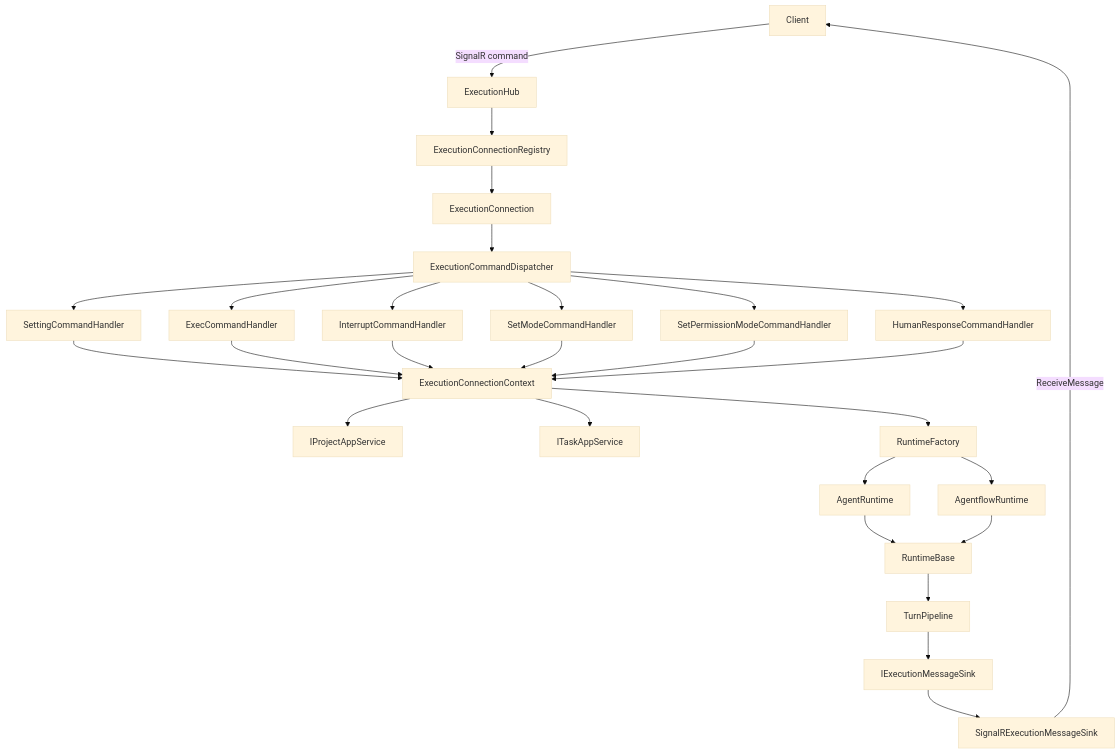
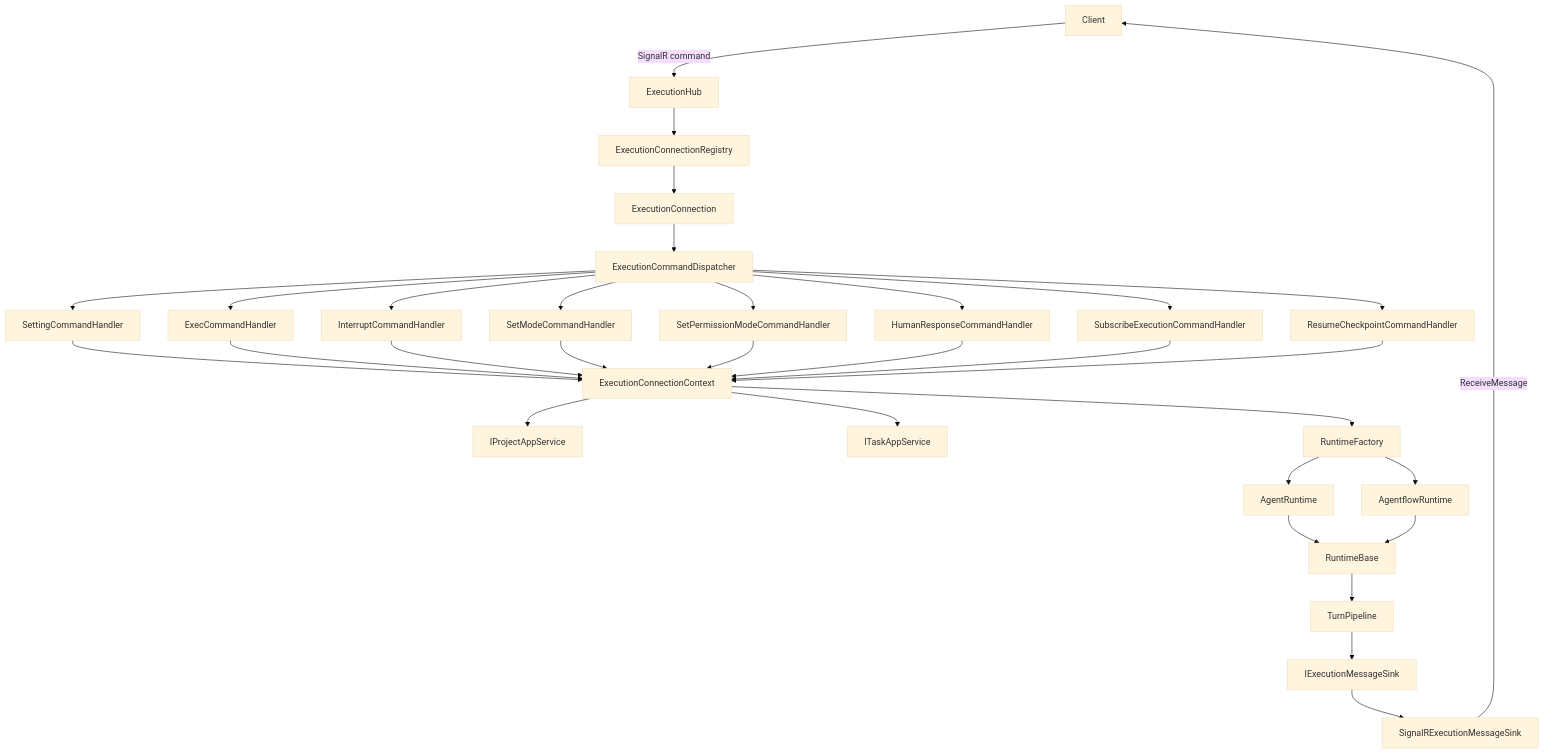
One commit to zxyao145/agw changed the first of 7 diagrams in src/server/Agw.Agents/Execution/README.md. Above: the diagram before and after it, drawn with Mermaid (base theme). The commit also changed other lines of this file and 68 other files, not shown here.

````diff
--- a/src/server/Agw.Agents/Execution/README.md
+++ b/src/server/Agw.Agents/Execution/README.md
@@ -219,32 +237,36 @@
 ```mermaid
 flowchart TB
     Client["Client"] -->|"SignalR command"| Hub["ExecutionHub"]
     Hub --> Registry["ExecutionConnectionRegistry"]
     Registry --> Connection["ExecutionConnection"]
     Connection --> Dispatcher["ExecutionCommandDispatcher"]
 
     Dispatcher --> Setting["SettingCommandHandler"]
     Dispatcher --> Exec["ExecCommandHandler"]
     Dispatcher --> Interrupt["InterruptCommandHandler"]
     Dispatcher --> Mode["SetModeCommandHandler"]
     Dispatcher --> Permission["SetPermissionModeCommandHandler"]
     Dispatcher --> Human["HumanResponseCommandHandler"]
+    Dispatcher --> Subscribe["SubscribeExecutionCommandHandler"]
+    Dispatcher --> Checkpoint["ResumeCheckpointCommandHandler"]
 
     Setting --> Context["ExecutionConnectionContext"]
     Exec --> Context
     Interrupt --> Context
     Mode --> Context
     Permission --> Context
     Human --> Context
+    Subscribe --> Context
+    Checkpoint --> Context
     Context --> ProjectService["IProjectAppService"]
     Context --> TaskService["ITaskAppService"]
     Context --> Factory["RuntimeFactory"]
     Factory --> AgentRuntime["AgentRuntime"]
     Factory --> AgentflowRuntime["AgentflowRuntime"]
     AgentRuntime --> RuntimeBase["RuntimeBase"]
     AgentflowRuntime --> RuntimeBase
     RuntimeBase --> TurnPipeline["TurnPipeline"]
     TurnPipeline --> Sink["IExecutionMessageSink"]
     Sink --> SignalRSink["SignalRExecutionMessageSink"]
     SignalRSink -->|"ReceiveMessage"| Client
 ```
````
